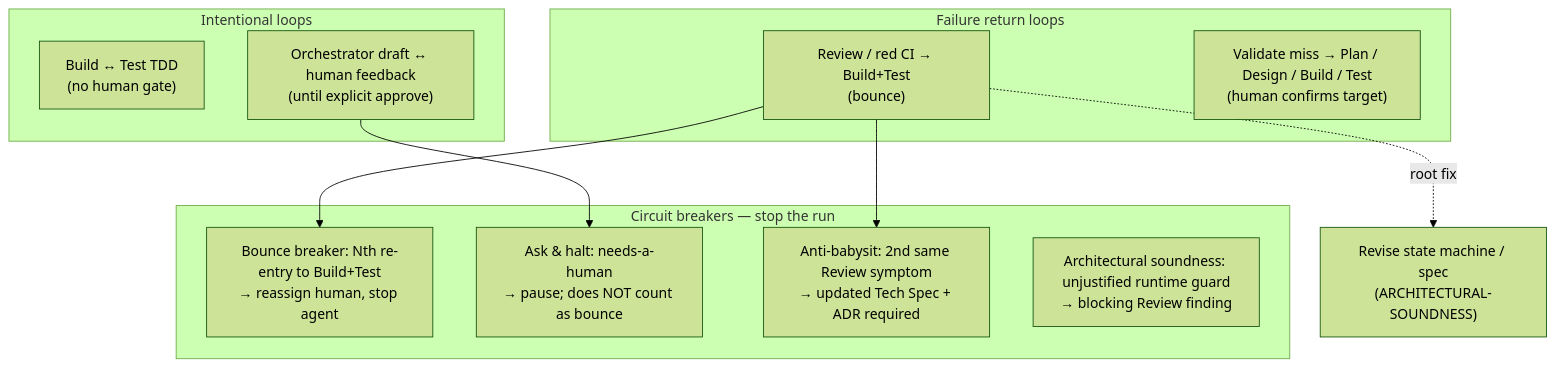
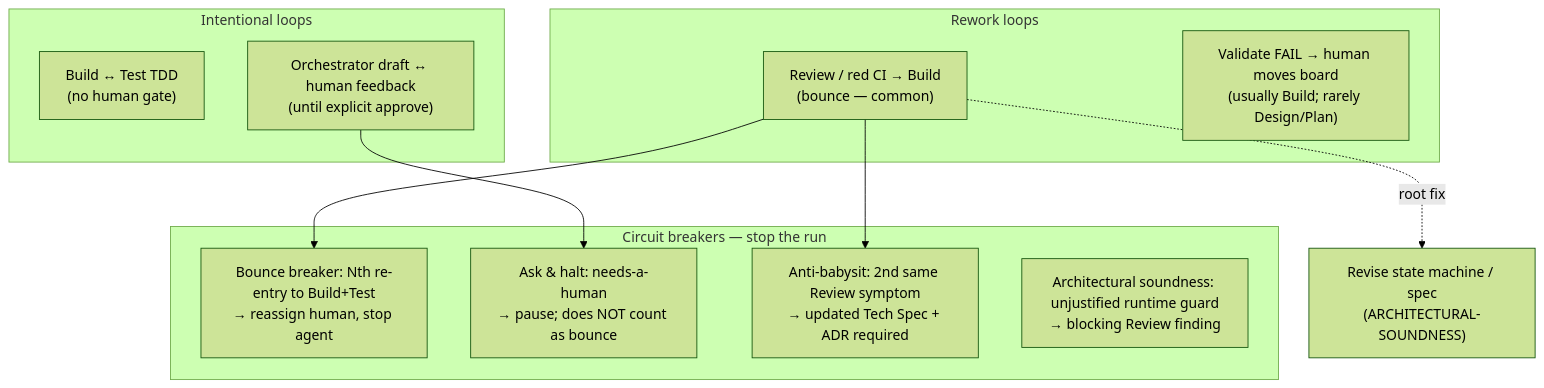
Before and after one commit to queen-of-code/AI-DLC: the fifth of 11 diagrams in docs/GETTING-ORIENTED.md, drawn with Mermaid (forest theme). The commit also changed other lines of this file and 1 other file, not shown here.

First line of the commit message:
docs: separate V-model correspondence from tracker phase flow

````diff
--- a/docs/GETTING-ORIENTED.md
+++ b/docs/GETTING-ORIENTED.md
@@ -119,24 +160,24 @@
 ```mermaid
 flowchart TB
   subgraph intentional [Intentional loops]
     TDD["Build ↔ Test TDD<br/>(no human gate)"]
     ORCH["Orchestrator draft ↔ human feedback<br/>(until explicit approve)"]
   end
 
-  subgraph failure [Failure return loops]
-    BOUNCE["Review / red CI → Build+Test<br/>(bounce)"]
-    VALRET["Validate miss → Plan / Design / Build / Test<br/>(human confirms target)"]
+  subgraph failure [Rework loops]
+    BOUNCE["Review / red CI → Build<br/>(bounce — common)"]
+    VALRET["Validate FAIL → human moves board<br/>(usually Build; rarely Design/Plan)"]
   end
 
   subgraph breakers [Circuit breakers — stop the run]
     CB1["Bounce breaker: Nth re-entry to Build+Test<br/>→ reassign human, stop agent"]
     CB2["Ask & halt: needs-a-human<br/>→ pause; does NOT count as bounce"]
     CB3["Anti-babysit: 2nd same Review symptom<br/>→ updated Tech Spec + ADR required"]
     CB4["Architectural soundness: unjustified runtime guard<br/>→ blocking Review finding"]
   end
 
   BOUNCE --> CB1
   BOUNCE -.->|root fix| ARCH["Revise state machine / spec<br/>(ARCHITECTURAL-SOUNDNESS)"]
   ORCH --> CB2
   BOUNCE --> CB3
 ```
````
